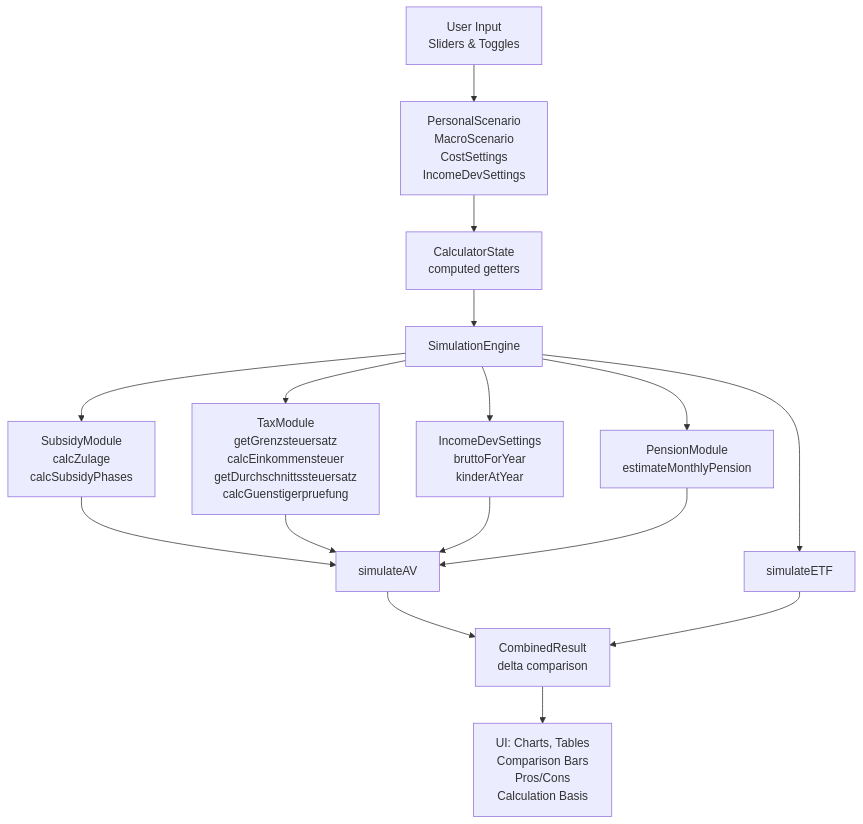
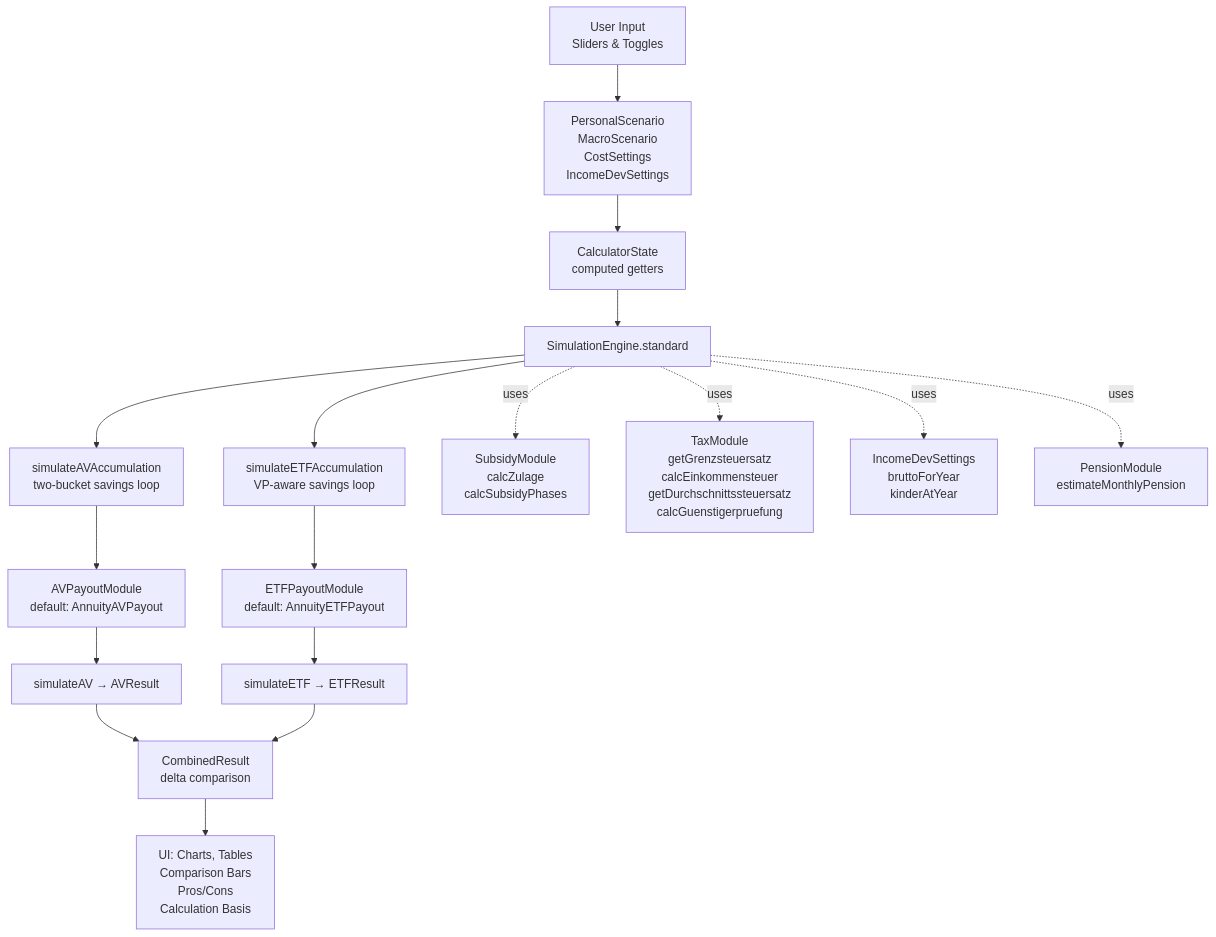
The first of 4 diagrams in docs/CALCULATION_MAP.md (chraig/de_altersvorsorge_depot), drawn with Mermaid before and after one commit. The commit also changed other lines of this file, not shown here.

First line of the commit message:
Update CALCULATION_MAP for modular payout + new ETF/AV payout models

````diff
--- a/docs/CALCULATION_MAP.md
+++ b/docs/CALCULATION_MAP.md
@@ -7,18 +7,19 @@
 ```mermaid
 flowchart TD
     A[User Input<br/>Sliders & Toggles] --> B[PersonalScenario<br/>MacroScenario<br/>CostSettings<br/>IncomeDevSettings]
     B --> C[CalculatorState<br/>computed getters]
-    C --> D[SimulationEngine]
-    D --> E[SubsidyModule<br/>calcZulage<br/>calcSubsidyPhases]
-    D --> F[TaxModule<br/>getGrenzsteuersatz<br/>calcEinkommensteuer<br/>getDurchschnittssteuersatz<br/>calcGuenstigerpruefung]
-    D --> G[IncomeDevSettings<br/>bruttoForYear<br/>kinderAtYear]
-    D --> H[PensionModule<br/>estimateMonthlyPension]
-    E --> I[simulateAV]
-    F --> I
-    G --> I
-    H --> I
-    D --> J[simulateETF]
+    C --> D[SimulationEngine.standard]
+    D --> ACC1[simulateAVAccumulation<br/>two-bucket savings loop]
+    D --> ACC2[simulateETFAccumulation<br/>VP-aware savings loop]
+    ACC1 --> AVP[AVPayoutModule<br/>default: AnnuityAVPayout]
+    ACC2 --> ETP[ETFPayoutModule<br/>default: AnnuityETFPayout]
+    AVP --> I[simulateAV → AVResult]
+    ETP --> J[simulateETF → ETFResult]
+    D -.uses.-> E[SubsidyModule<br/>calcZulage<br/>calcSubsidyPhases]
+    D -.uses.-> F[TaxModule<br/>getGrenzsteuersatz<br/>calcEinkommensteuer<br/>getDurchschnittssteuersatz<br/>calcGuenstigerpruefung]
+    D -.uses.-> G[IncomeDevSettings<br/>bruttoForYear<br/>kinderAtYear]
+    D -.uses.-> H[PensionModule<br/>estimateMonthlyPension]
     I --> K[CombinedResult<br/>delta comparison]
     J --> K
     K --> L[UI: Charts, Tables<br/>Comparison Bars<br/>Pros/Cons<br/>Calculation Basis]
 ```
````
